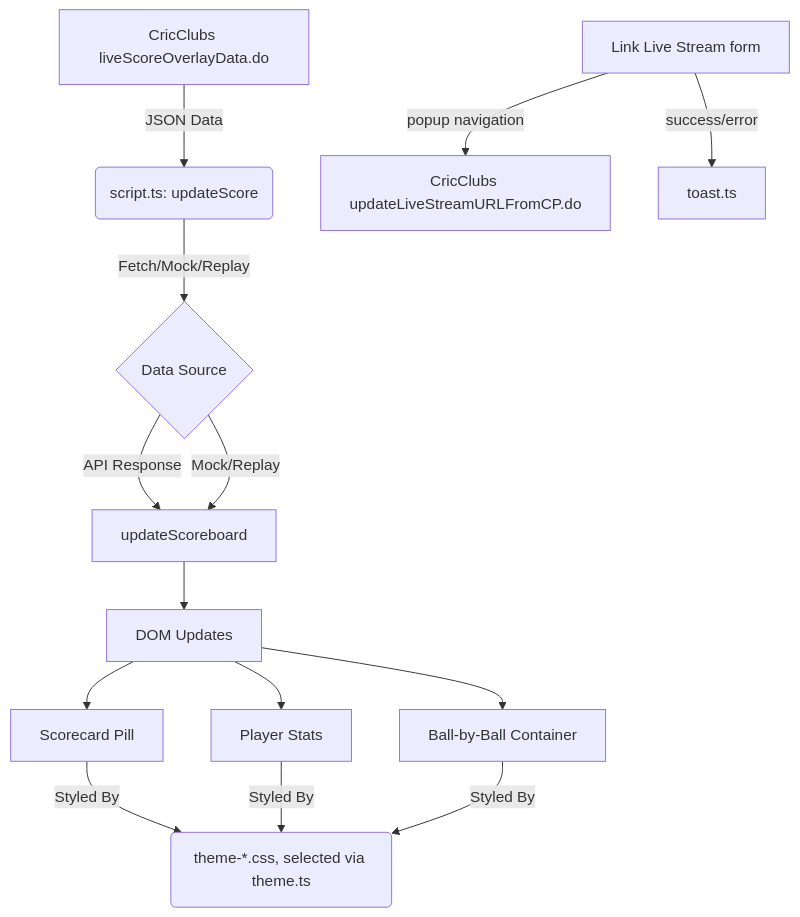
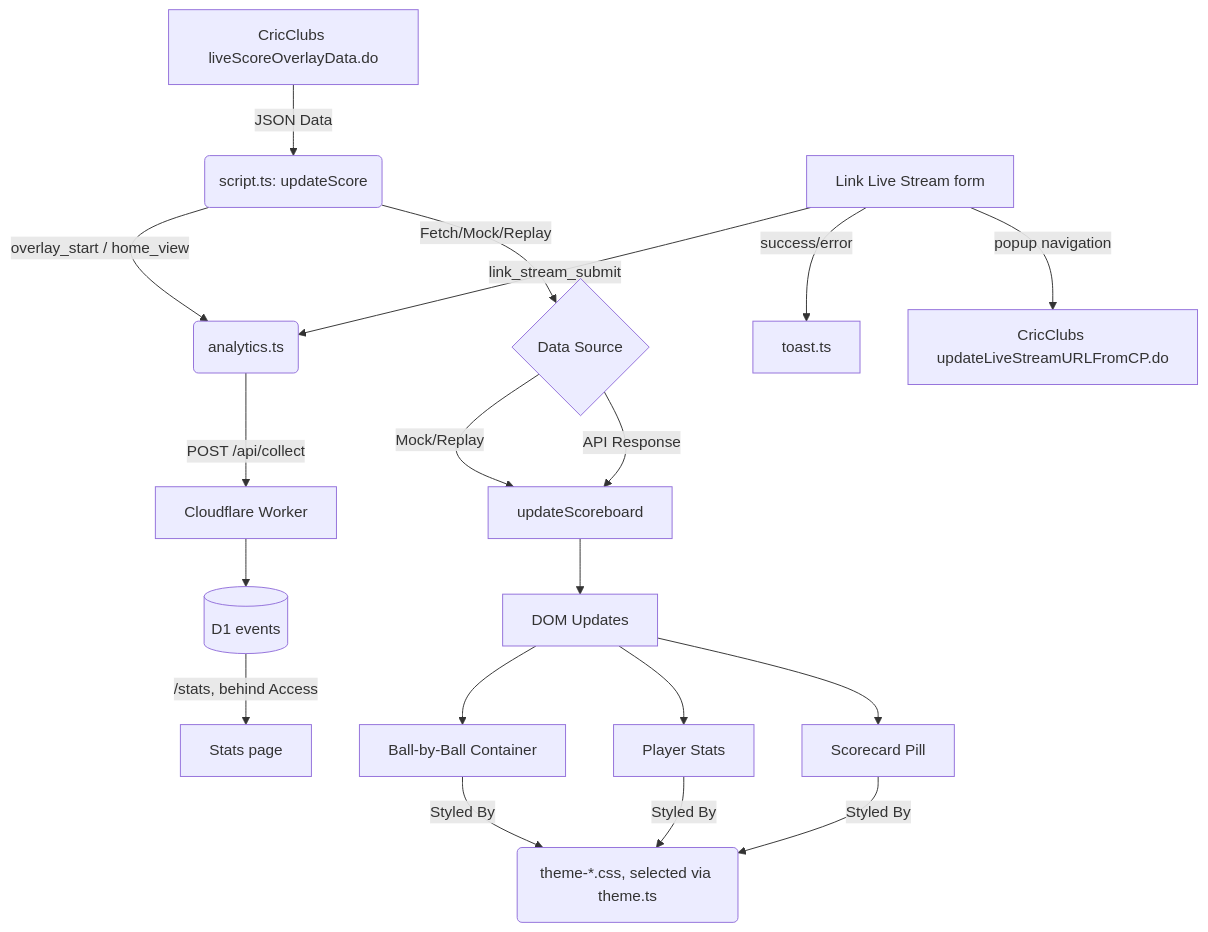
One commit to abhinav91690/cricket-scorecard-overlay changed the diagram in architecture.md. Above: the diagram before and after it, drawn with Mermaid. The commit also changed other lines of this file and 23 other files, not shown here.

First line of the commit message:
feat: first-party usage analytics (Cloudflare Worker + D1) and drop GitHub Pages deploy

````diff
--- a/architecture.md
+++ b/architecture.md
@@ -62,15 +76,21 @@
 ```mermaid
 graph TD
     A[CricClubs liveScoreOverlayData.do] -->|JSON Data| B(script.ts: updateScore)
     B -->|Fetch/Mock/Replay| C{Data Source}
     C -->|API Response| D[updateScoreboard]
     C -->|Mock/Replay| D
     D --> E[DOM Updates]
     E --> F[Scorecard Pill]
     E --> G[Player Stats]
     E --> H[Ball-by-Ball Container]
     F & G & H -->|Styled By| I(theme-*.css, selected via theme.ts)
 
     J[Link Live Stream form] -->|popup navigation| K[CricClubs updateLiveStreamURLFromCP.do]
     J -->|success/error| L[toast.ts]
+
+    B -->|overlay_start / home_view| M(analytics.ts)
+    J -->|link_stream_submit| M
+    M -->|POST /api/collect| N[Cloudflare Worker]
+    N --> O[(D1 events)]
+    O -->|/stats, behind Access| P[Stats page]
 ```
````
